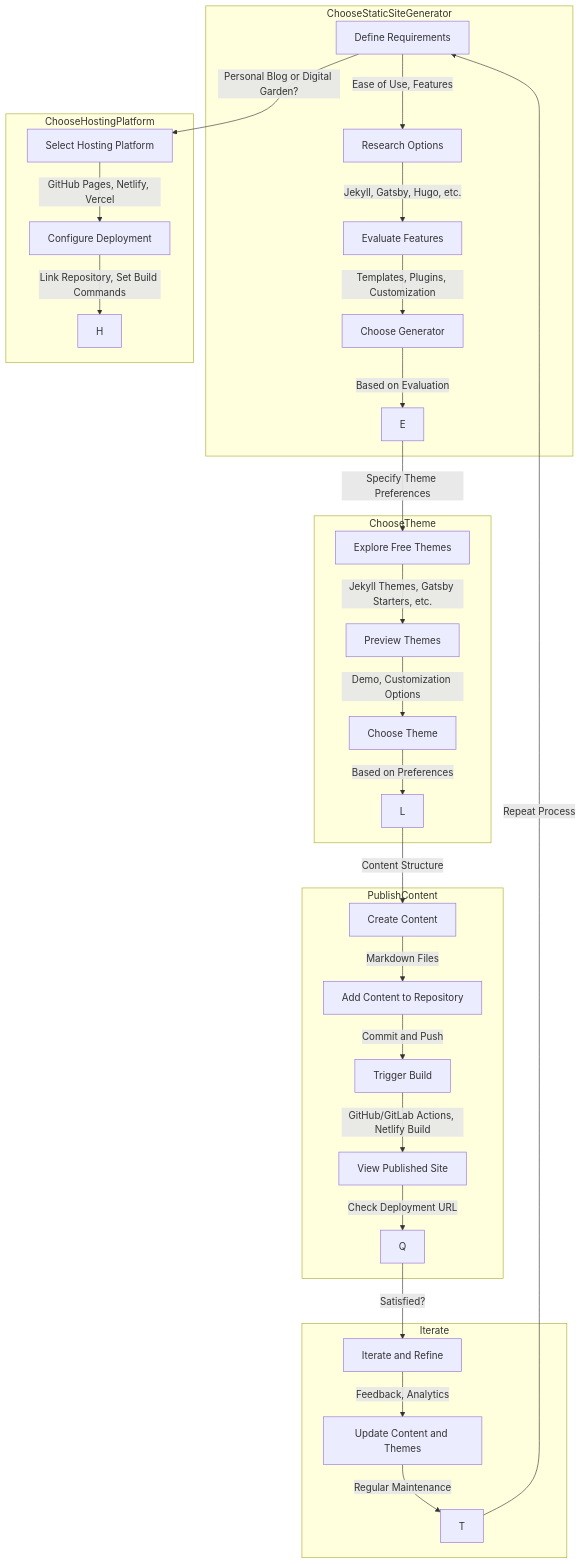
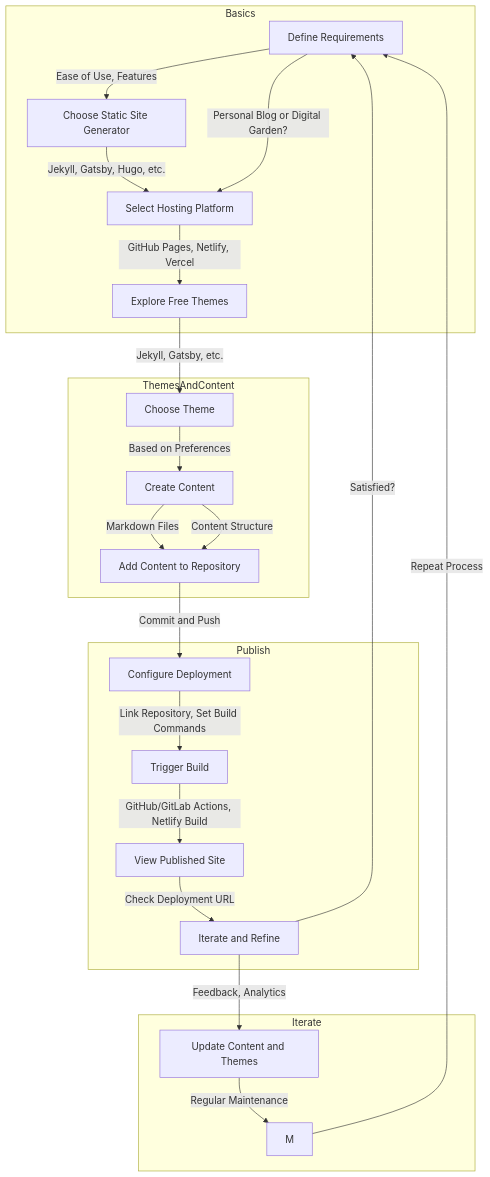
Before and after one commit to thinh-vu/learn-anything: the diagram in _posts/2023-11-14-lua-chon-nen-tang-giai-phap-digital-garden-phu-hop.md, drawn with Mermaid. The commit also changed other lines of this file and 3 other files, not shown here.

````diff
--- a/_posts/2023-11-14-lua-chon-nen-tang-giai-phap-digital-garden-phu-hop.md
+++ b/_posts/2023-11-14-lua-chon-nen-tang-giai-phap-digital-garden-phu-hop.md
@@ -42,73 +37,32 @@
 ```mermaid!
-graph TD  
+graph TD
 
-subgraph ChooseStaticSiteGenerator
-
-  A[Define Requirements] -->|Ease of Use, Features| B
-
-  B[Research Options] -->|Jekyll, Gatsby, Hugo, etc.| C
-
-  C[Evaluate Features] -->|Templates, Plugins, Customization| D
-
-  D[Choose Generator] -->|Based on Evaluation| E
-
+subgraph Basics
+  A[Define Requirements] -->|Ease of Use, Features| B
+  B[Choose Static Site Generator] -->|Jekyll, Gatsby, Hugo, etc.| C
+  C[Select Hosting Platform] -->|GitHub Pages, Netlify, Vercel| D
 end
 
-  
-
-subgraph ChooseHostingPlatform
-
-  F[Select Hosting Platform] -->|GitHub Pages, Netlify, Vercel| G
-
-  G[Configure Deployment] -->|Link Repository, Set Build Commands| H
-
+subgraph ThemesAndContent
+  D[Explore Free Themes] -->|Jekyll, Gatsby, etc.| E
+  E[Choose Theme] -->|Based on Preferences| F
+  F[Create Content] -->|Markdown Files| G
 end
 
-  
-
-subgraph ChooseTheme
-
-  I[Explore Free Themes] -->|Jekyll Themes, Gatsby Starters, etc.| J
-
-  J[Preview Themes] -->|Demo, Customization Options| K
-
-  K[Choose Theme] -->|Based on Preferences| L
-
+subgraph Publish
+  G[Add Content to Repository] -->|Commit and Push| H
+  H[Configure Deployment] -->|Link Repository, Set Build Commands| I
+  I[Trigger Build] -->|GitHub/GitLab Actions, Netlify Build| J
+  J[View Published Site] -->|Check Deployment URL| K
 end
 
-  
-
-subgraph PublishContent
-
-  M[Create Content] -->|Markdown Files| N
-
-  N[Add Content to Repository] -->|Commit and Push| O
-
-  O[Trigger Build] -->|GitHub/GitLab Actions, Netlify Build| P
-
-  P[View Published Site] -->|Check Deployment URL| Q
-
+subgraph Iterate
+  K[Iterate and Refine] -->|Feedback, Analytics| L
+  L[Update Content and Themes] -->|Regular Maintenance| M
 end
 
-  
-
-subgraph Iterate
-
-  R[Iterate and Refine] -->|Feedback, Analytics| S
-
-  S[Update Content and Themes] -->|Regular Maintenance| T
-
-end
-
-  
-
-A -->|Personal Blog or Digital Garden?| F
-
-E -->|Specify Theme Preferences| I
-
-L -->|Content Structure| M
-
-Q -->|Satisfied?| R
-
-T -->|Repeat Process| A
+A -->|Personal Blog or Digital Garden?| C
+F -->|Content Structure| G
+K -->|Satisfied?| A
+M -->|Repeat Process| A
 ```
````
